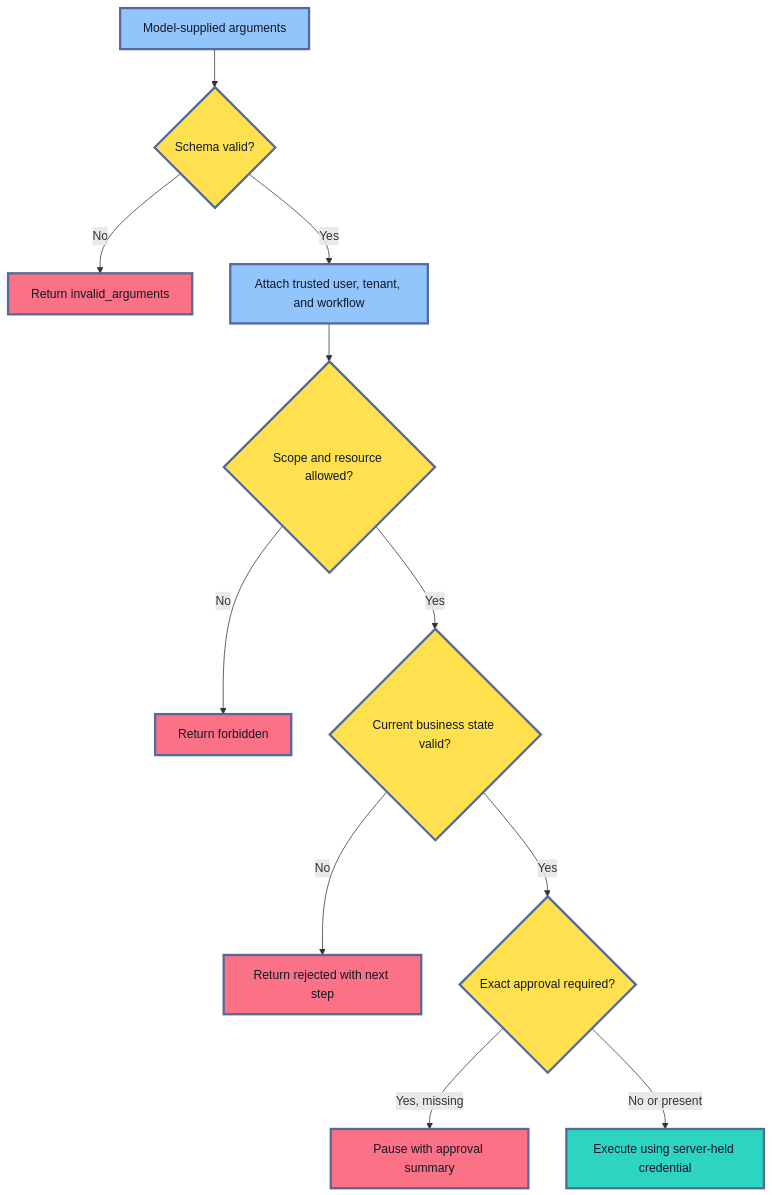
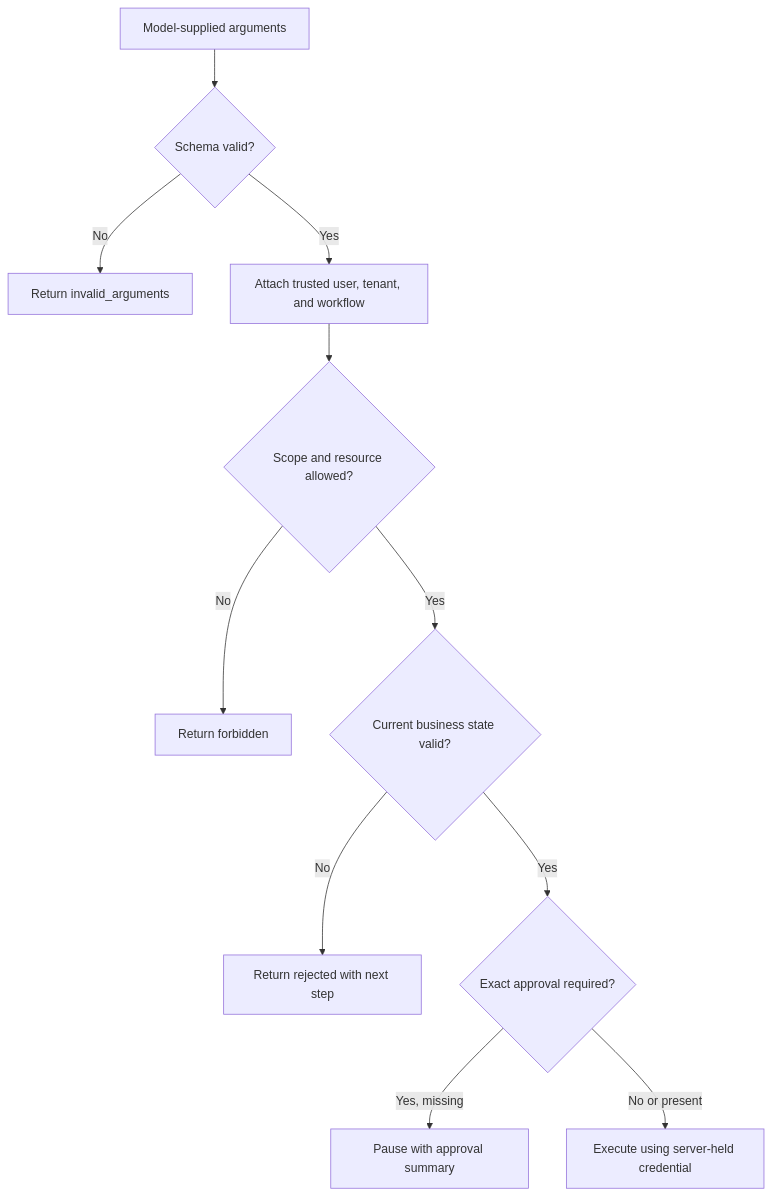
The third of 3 diagrams in roadmaps/mlops/modules/llmops/tools-and-protocols/01-tool-contracts.md (senlinyy/dev-roadmaps), drawn with Mermaid before and after one commit. The commit also changed other lines of this file and 152 other files, not shown here.

Commit message:
feat: mlops and diagrams updated

````diff
--- a/roadmaps/mlops/modules/llmops/tools-and-protocols/01-tool-contracts.md
+++ b/roadmaps/mlops/modules/llmops/tools-and-protocols/01-tool-contracts.md
@@ -197,22 +191,18 @@
 ```mermaid
 flowchart TD
     A["Model-supplied arguments"] --> B{"Schema valid?"}
     B -->|No| X["Return invalid_arguments"]
     B -->|Yes| C["Attach trusted user, tenant, and workflow"]
     C --> D{"Scope and resource allowed?"}
     D -->|No| Y["Return forbidden"]
     D -->|Yes| E{"Current business state valid?"}
     E -->|No| Z["Return rejected with next step"]
     E -->|Yes| F{"Exact approval required?"}
     F -->|Yes, missing| W["Pause with approval summary"]
     F -->|No or present| G["Execute using server-held credential"]
 
-    classDef input fill:#93C5FD,stroke:#536A9A,stroke-width:3px,color:#0F172A
-    classDef gate fill:#FFE04F,stroke:#536A9A,stroke-width:3px,color:#111827
-    classDef stop fill:#FB7185,stroke:#536A9A,stroke-width:3px,color:#111827
-    classDef run fill:#2DD4BF,stroke:#536A9A,stroke-width:3px,color:#0F172A
     class A,C input
     class B,D,E,F gate
     class X,Y,Z,W stop
     class G run
 ```
````
